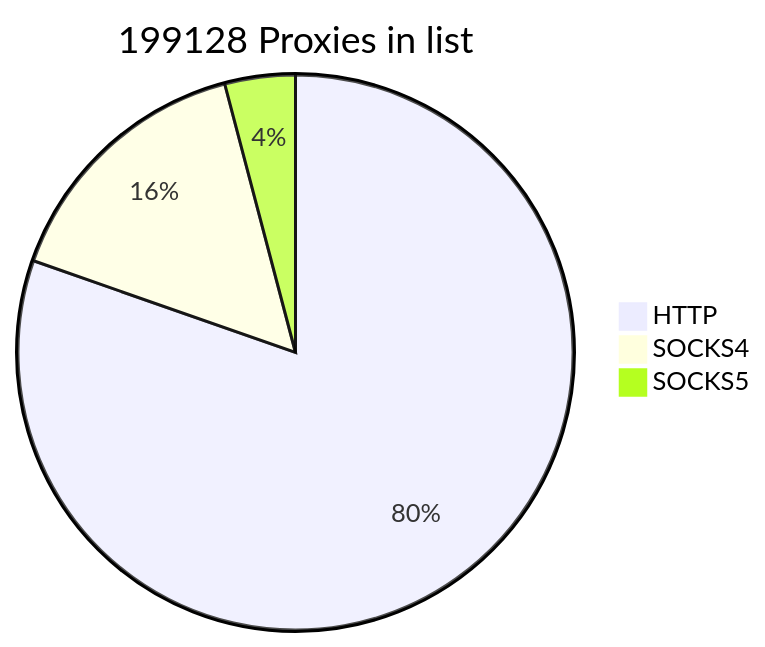
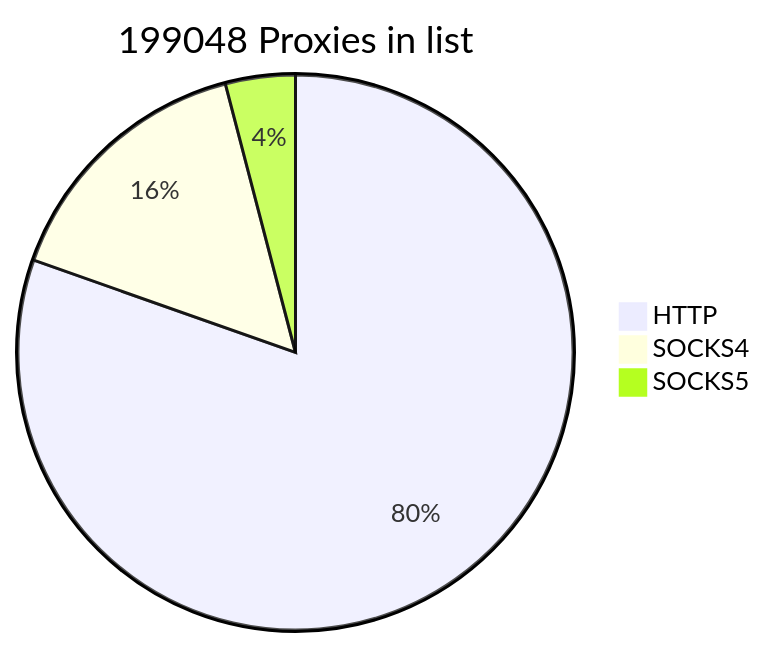
The first of 2 diagrams in README.md (cutipu/proxylist), drawn with Mermaid before and after one commit. The commit also changed other lines of this file, not shown here.

````diff
--- a/README.md
+++ b/README.md
@@ -2,7 +2,7 @@
 ```mermaid
-pie title 199128 Proxies in list
-    "HTTP" : 160022
-    "SOCKS4" : 30939
-    "SOCKS5" : 8167
+pie title 199048 Proxies in list
+    "HTTP" : 160035
+    "SOCKS4" : 30923
+    "SOCKS5" : 8090
             
 ```
````
